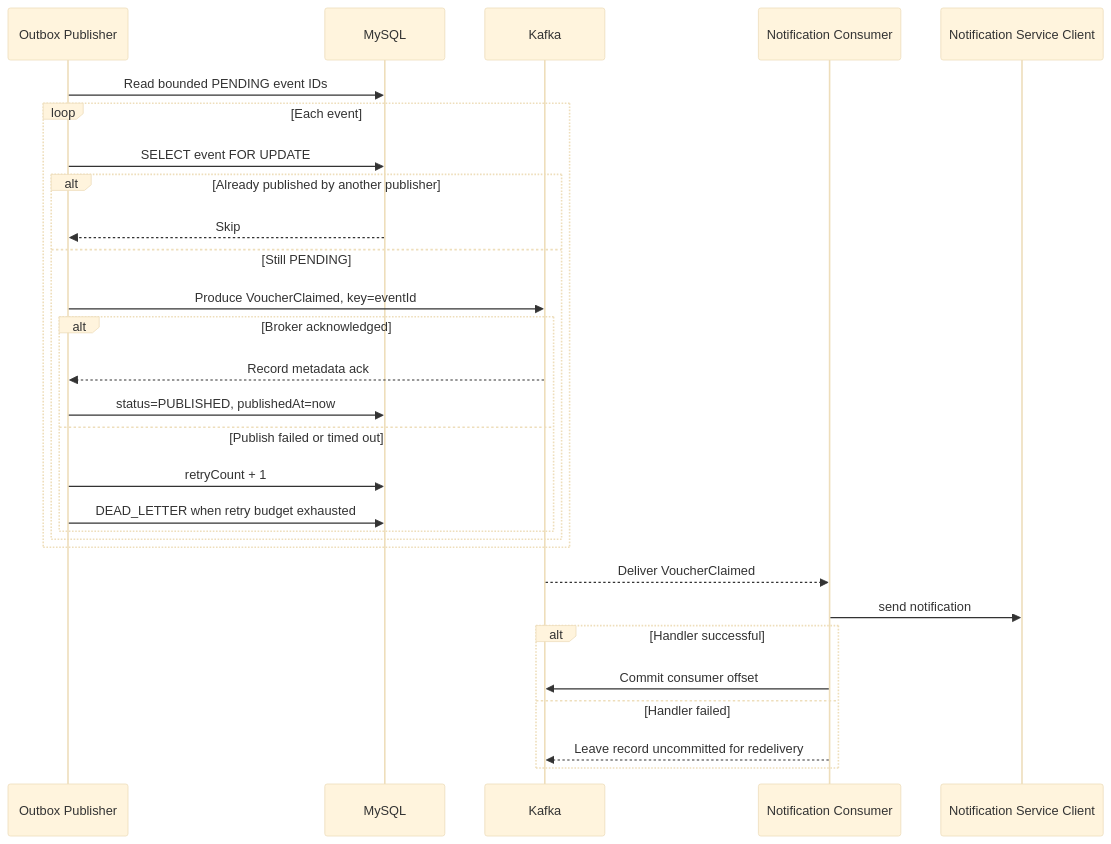
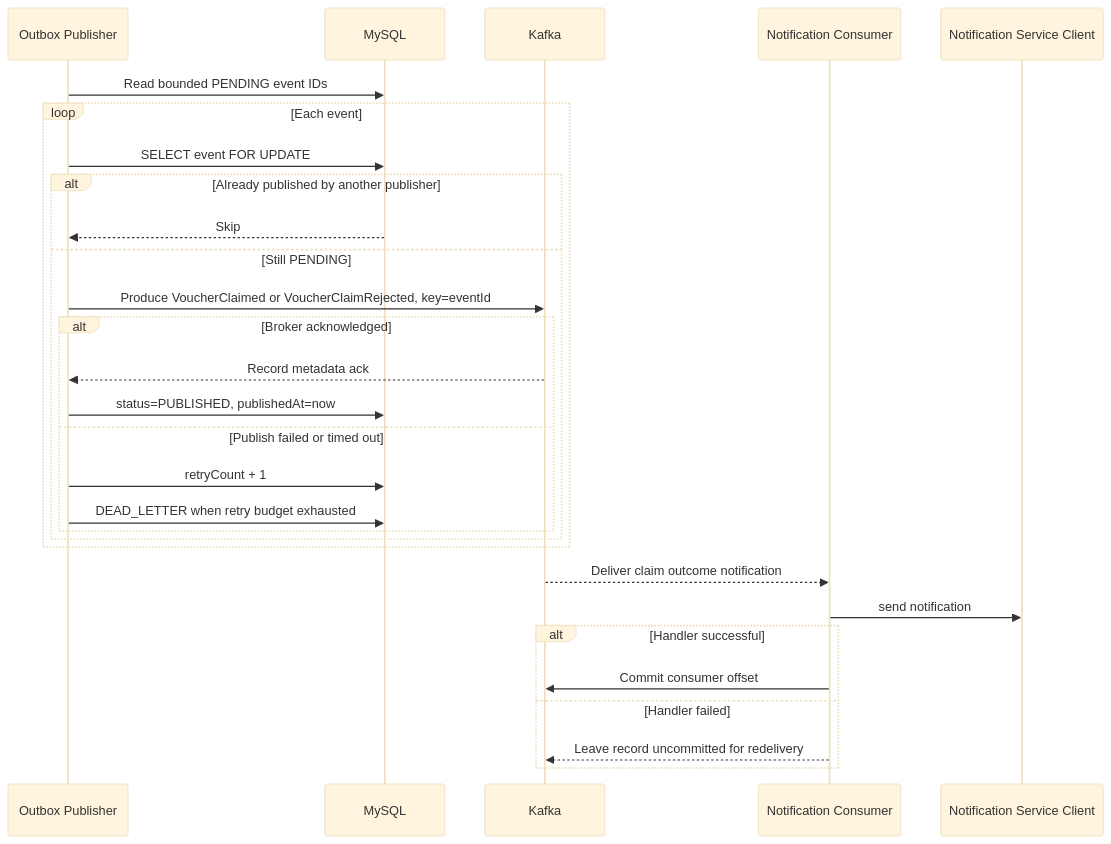
One commit to PhamDinhDuy-2508/Voucher-claim-system changed diagram 13 of 14 in SOLUTION.md. Above: the diagram before and after it, drawn with Mermaid (base theme). The commit also changed other lines of this file and 4 other files, not shown here.

Commit message:
feat: publish rejected claim notifications via outbox

````diff
--- a/SOLUTION.md
+++ b/SOLUTION.md
@@ -824,32 +824,32 @@
 ```mermaid
 sequenceDiagram
     participant P as Outbox Publisher
     participant DB as MySQL
     participant K as Kafka
     participant C as Notification Consumer
     participant N as Notification Service Client
 
     P->>DB: Read bounded PENDING event IDs
     loop Each event
         P->>DB: SELECT event FOR UPDATE
         alt Already published by another publisher
             DB-->>P: Skip
         else Still PENDING
-            P->>K: Produce VoucherClaimed, key=eventId
+            P->>K: Produce VoucherClaimed or VoucherClaimRejected, key=eventId
             alt Broker acknowledged
                 K-->>P: Record metadata ack
                 P->>DB: status=PUBLISHED, publishedAt=now
             else Publish failed or timed out
                 P->>DB: retryCount + 1
                 P->>DB: DEAD_LETTER when retry budget exhausted
             end
         end
     end
-    K-->>C: Deliver VoucherClaimed
+    K-->>C: Deliver claim outcome notification
     C->>N: send notification
     alt Handler successful
         C->>K: Commit consumer offset
     else Handler failed
         C-->>K: Leave record uncommitted for redelivery
     end
 ```
````
